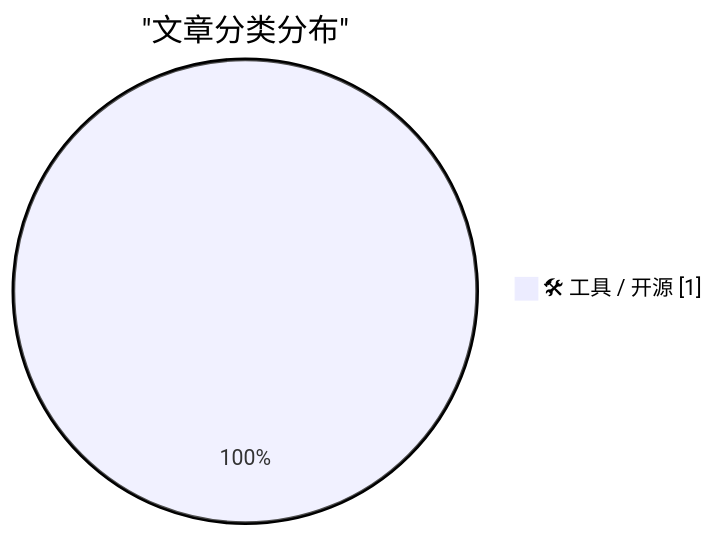
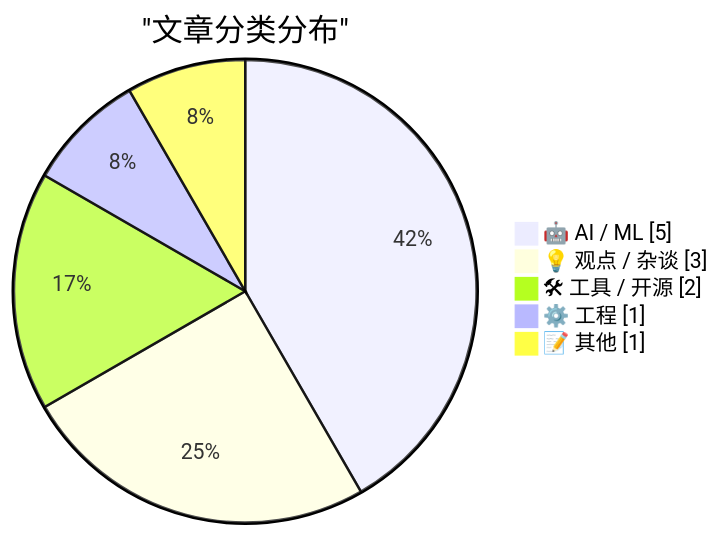
Before and after one commit to MirrMeur/ai-daily-digest: the first of 2 diagrams in digests/digest-20260227.md, drawn with Mermaid. The commit also changed other lines of this file, not shown here.

````diff
--- a/digests/digest-20260227.md
+++ b/digests/digest-20260227.md
@@ -19,5 +73,9 @@
 ```mermaid
 pie showData
     title "文章分类分布"
-    "🛠 工具 / 开源" : 1
+    "🤖 AI / ML" : 5
+    "💡 观点 / 杂谈" : 3
+    "🛠 工具 / 开源" : 2
+    "⚙️ 工程" : 1
+    "📝 其他" : 1
 ```
````
